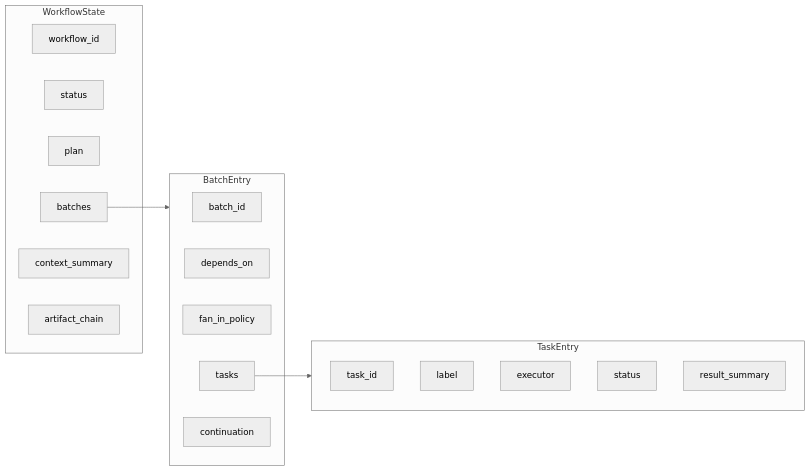
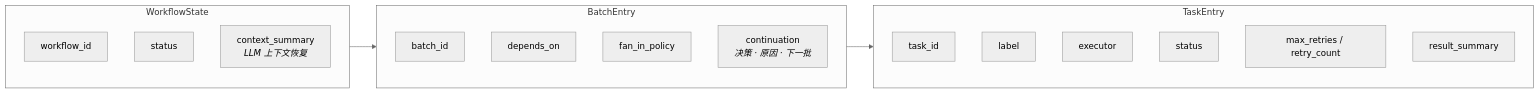
One commit to lanyasheng/openclaw-company-orchestration-proposal changed the third of 3 diagrams in README_CN.md. Above: the diagram before and after it, drawn with Mermaid (neutral theme). The commit also changed other lines of this file and 9 other files, not shown here.

````diff
--- a/README_CN.md
+++ b/README_CN.md
@@ -123,27 +142,26 @@
 ```mermaid
 graph LR
-  subgraph Root["WorkflowState"]
-    WID[workflow_id]
-    ST[status]
-    PLN[plan]
-    BAT[batches]
-    SUM[context_summary]
-    ART[artifact_chain]
+  subgraph WS["WorkflowState"]
+    WID["workflow_id"]
+    ST["status"]
+    CTX["context_summary<br/><i>LLM 上下文恢复</i>"]
   end
-  subgraph Batch["BatchEntry"]
-    BID[batch_id]
-    DEP[depends_on]
-    FAN[fan_in_policy]
-    TSK[tasks]
-    CON[continuation]
+
+  subgraph B["BatchEntry"]
+    BID["batch_id"]
+    DEP["depends_on"]
+    FAN["fan_in_policy"]
+    CON["continuation<br/><i>决策 · 原因 · 下一批</i>"]
   end
-  subgraph Task["TaskEntry"]
-    TID[task_id]
-    LBL[label]
-    EXE[executor]
-    TST[status]
-    RS[result_summary]
+
+  subgraph T["TaskEntry"]
+    TID["task_id"]
+    LBL["label"]
+    EXE["executor"]
+    TST["status"]
+    RET["max_retries / retry_count"]
+    RS["result_summary"]
   end
-  BAT --> Batch
-  TSK --> Task
+
+  WS --> B --> T
 ```
````
